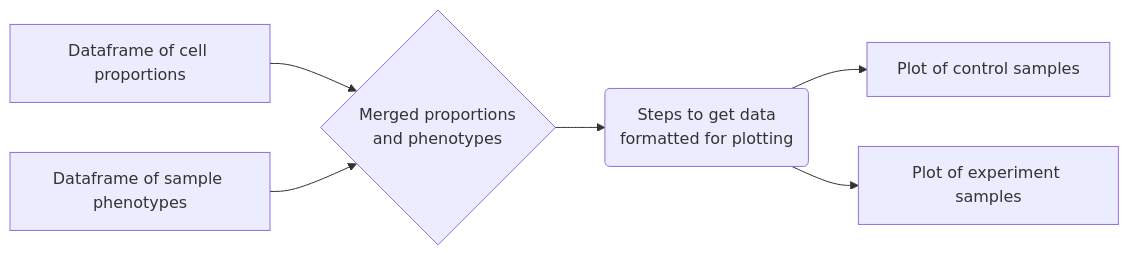
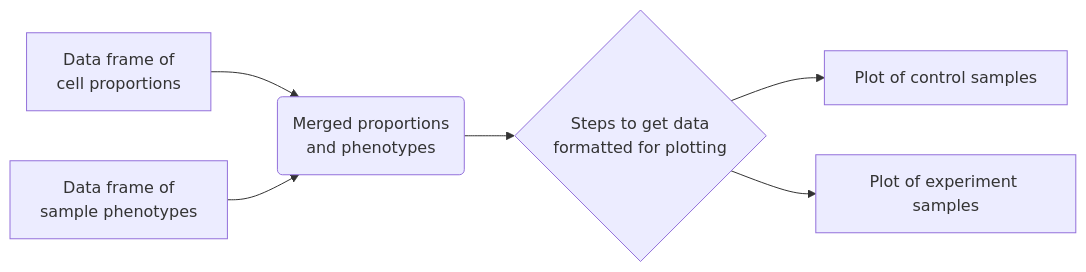
The diagram in scripts/03_dataWrangling/wrangling-day-2.qmd (How-to-Learn-to-Code/Rclass-DataScience), drawn with Mermaid before and after one commit. The commit also changed other lines of this file and 27 other files, not shown here.

````diff
--- a/scripts/03_dataWrangling/wrangling-day-2.qmd
+++ b/scripts/03_dataWrangling/wrangling-day-2.qmd
@@ -86,8 +86,8 @@
 ```{mermaid}
 flowchart LR
-A[Dataframe of cell proportions] --> C{Merged proportions\n and phenotypes}
-B[Dataframe of sample phenotypes]  --> C
-C --> D(Steps to get data\nformatted for plotting)
+A[Data frame of\n cell proportions] --> C(Merged proportions\n and phenotypes)
+B[Data frame of\n sample phenotypes]  --> C
+C --> D{Steps to get data\nformatted for plotting}
 D --> E[Plot of control samples]
 D --> F[Plot of experiment samples]
 ```
````
